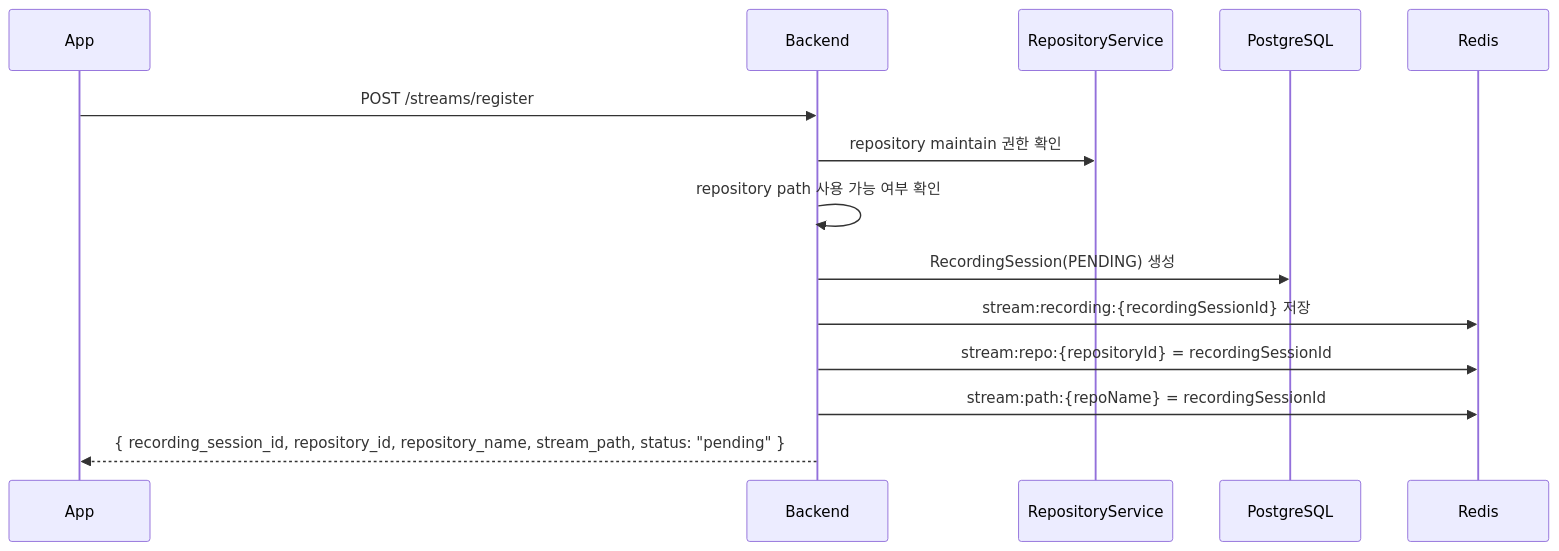
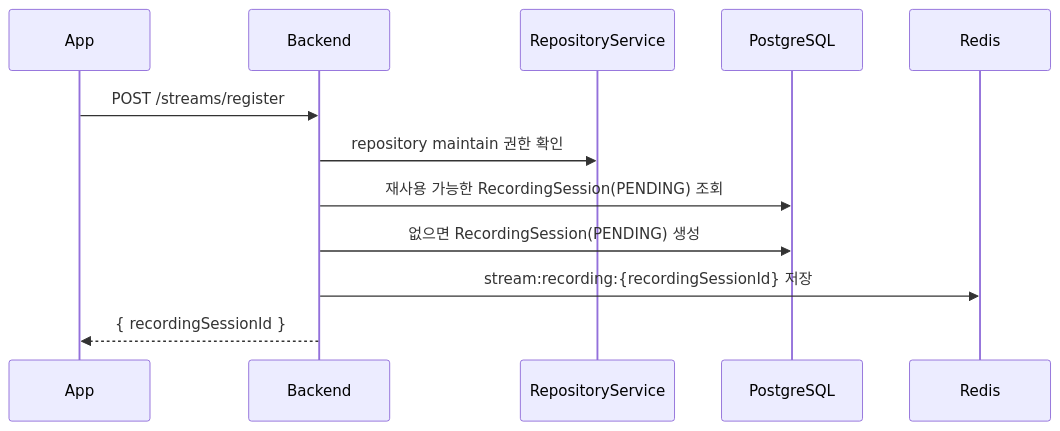
The second of 7 diagrams in docs/09. project_streaming.md (ego-flow/ego-flow-server), drawn with Mermaid before and after one commit. The commit also changed other lines of this file and 28 other files, not shown here.

````diff
--- a/docs/09. project_streaming.md
+++ b/docs/09. project_streaming.md
@@ -56,17 +56,15 @@
 ```mermaid
 sequenceDiagram
     participant App
     participant BE as Backend
     participant Repo as RepositoryService
     participant DB as PostgreSQL
     participant Redis
 
     App->>BE: POST /streams/register
     BE->>Repo: repository maintain 권한 확인
-    BE->>BE: repository path 사용 가능 여부 확인
-    BE->>DB: RecordingSession(PENDING) 생성
+    BE->>DB: 재사용 가능한 RecordingSession(PENDING) 조회
+    BE->>DB: 없으면 RecordingSession(PENDING) 생성
     BE->>Redis: stream:recording:{recordingSessionId} 저장
-    BE->>Redis: stream:repo:{repositoryId} = recordingSessionId
-    BE->>Redis: stream:path:{repoName} = recordingSessionId
-    BE-->>App: { recording_session_id, repository_id, repository_name, stream_path, status: "pending" }
+    BE-->>App: { recordingSessionId }
 ```
````
